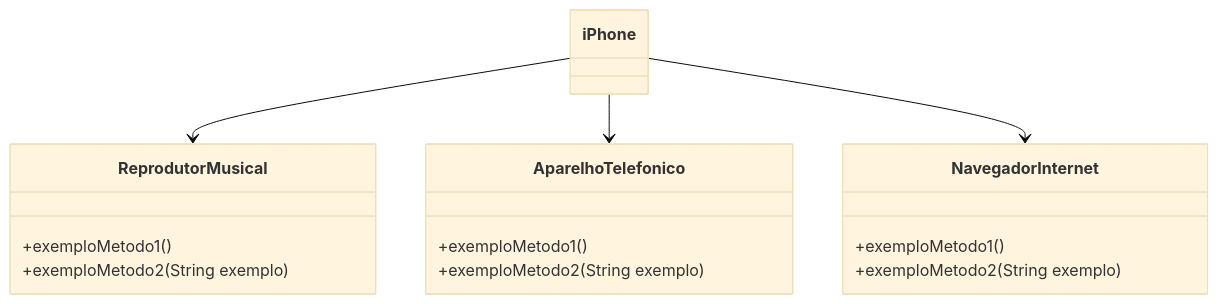
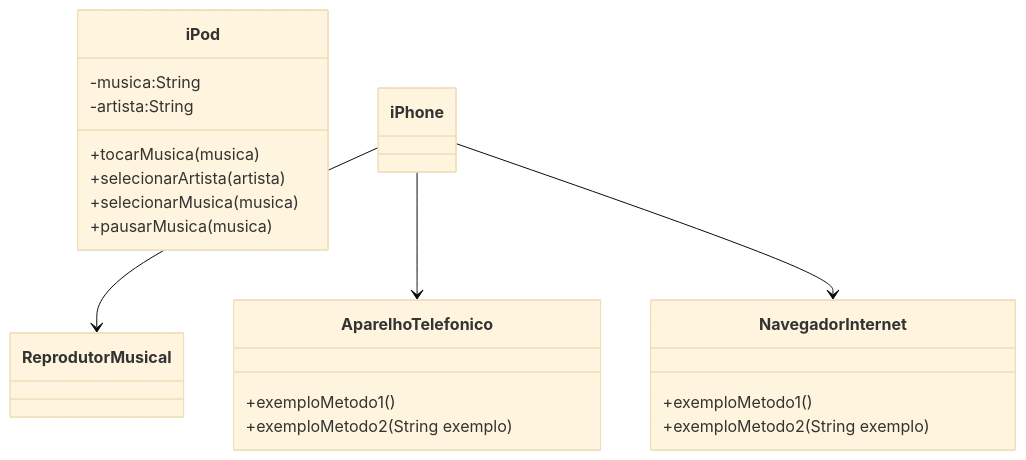
The diagram in README.md (rodrigoduartesilva/desafio-diagramacao-de-classes-iphone), drawn with Mermaid (base theme) before and after one commit.

Commit message:
docs: diagrama de uml da classe iPod implementado

````diff
--- a/README.md
+++ b/README.md
@@ -32,24 +32,29 @@
 ```mermaid
 classDiagram
-    class ReprodutorMusical {
-        +exemploMetodo1()
-        +exemploMetodo2(String exemplo)
+    class iPod {
+        -musica:String
+        -artista:String
+        
+        +tocarMusica(musica)
+        +selecionarArtista(artista)
+        +selecionarMusica(musica)
+        +pausarMusica(musica)
     }
 
     class AparelhoTelefonico {
         +exemploMetodo1()
         +exemploMetodo2(String exemplo)
     }
 
     class NavegadorInternet {
         +exemploMetodo1()
         +exemploMetodo2(String exemplo)
     }
 
     class iPhone {
     }
 
     iPhone --> ReprodutorMusical
     iPhone --> AparelhoTelefonico
     iPhone --> NavegadorInternet
 ```
````
